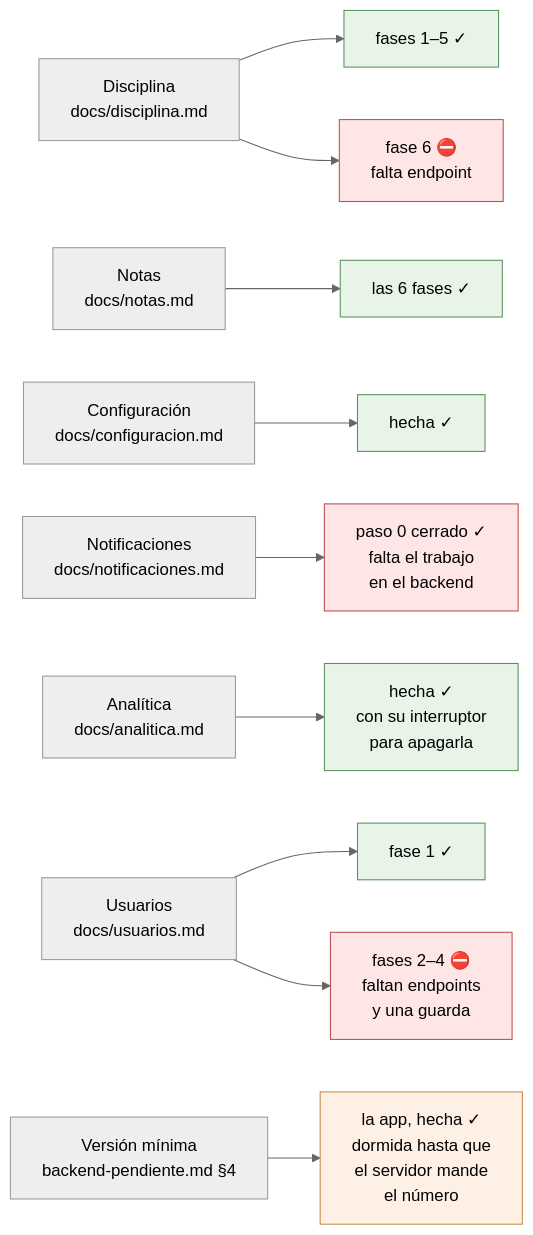
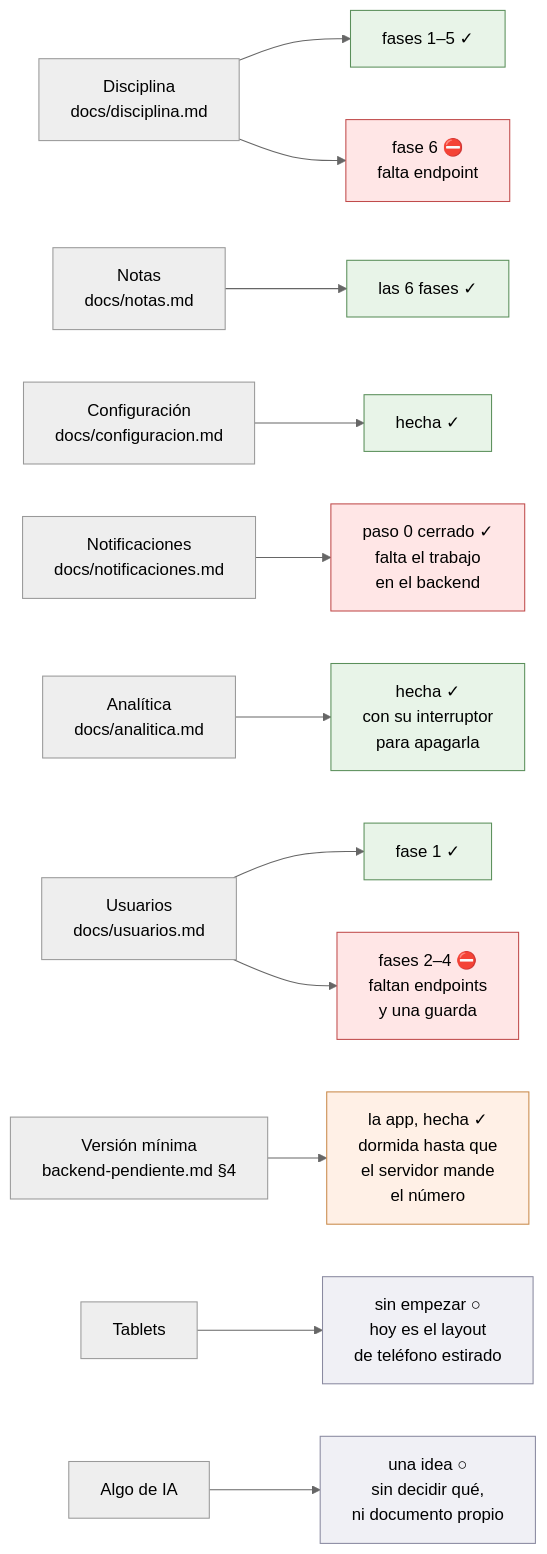
One commit to bluesky777/myvc_flutter changed the diagram in docs/estado.md. Above: the diagram before and after it, drawn with Mermaid (neutral theme). The commit also changed other lines of this file and 2 other files, not shown here.

First line of the commit message:
docs(play): la ficha entregada, la casilla de IA y lo que falta de tablets

````diff
--- a/docs/estado.md
+++ b/docs/estado.md
@@ -19,22 +19,26 @@
 ```mermaid
 flowchart LR
     D["Disciplina<br/>docs/disciplina.md"] --> D5["fases 1–5 ✓"]
     D --> D6["fase 6 ⛔<br/>falta endpoint"]
     N["Notas<br/>docs/notas.md"] --> N4["las 6 fases ✓"]
     C["Configuración<br/>docs/configuracion.md"] --> C0["hecha ✓"]
     P["Notificaciones<br/>docs/notificaciones.md"] --> P0["paso 0 cerrado ✓<br/>falta el trabajo<br/>en el backend"]
     A["Analítica<br/>docs/analitica.md"] --> A0["hecha ✓<br/>con su interruptor<br/>para apagarla"]
     U["Usuarios<br/>docs/usuarios.md"] --> U1["fase 1 ✓"]
     U --> U2["fases 2–4 ⛔<br/>faltan endpoints<br/>y una guarda"]
     V["Versión mínima<br/>backend-pendiente.md §4"] --> V1["la app, hecha ✓<br/>dormida hasta que<br/>el servidor mande<br/>el número"]
+    T["Tablets"] --> T0["sin empezar ○<br/>hoy es el layout<br/>de teléfono estirado"]
+    I["Algo de IA"] --> I0["una idea ○<br/>sin decidir qué,<br/>ni documento propio"]
 
     style D5 fill:#e8f4e8,stroke:#5a8f5a
     style N4 fill:#e8f4e8,stroke:#5a8f5a
     style D6 fill:#ffe6e6,stroke:#c04b4b
     style P0 fill:#ffe6e6,stroke:#c04b4b
     style C0 fill:#e8f4e8,stroke:#5a8f5a
     style A0 fill:#e8f4e8,stroke:#5a8f5a
     style U1 fill:#e8f4e8,stroke:#5a8f5a
     style U2 fill:#ffe6e6,stroke:#c04b4b
     style V1 fill:#fff0e6,stroke:#c98a4b
+    style T0 fill:#f0f0f5,stroke:#8a8aa0
+    style I0 fill:#f0f0f5,stroke:#8a8aa0
 ```
````
